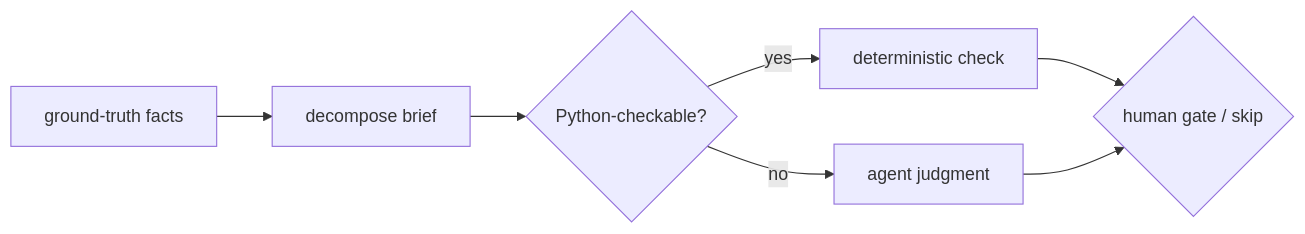
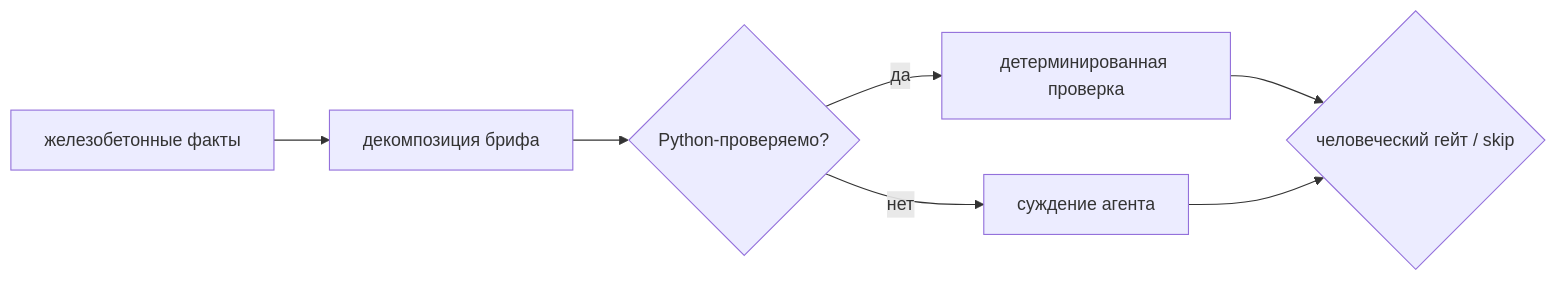
The diagram in marketing-agent-pipeline/02-planning/decision-flow.md (rodion-whatisai/marketing-agent-pipeline), drawn with Mermaid before and after one commit. The commit also changed other lines of this file and 7 other files, not shown here.

````diff
--- a/marketing-agent-pipeline/02-planning/decision-flow.md
+++ b/marketing-agent-pipeline/02-planning/decision-flow.md
@@ -6,10 +6,10 @@
 ```mermaid
-%% placeholder — replaced in Step 4
+%% placeholder — заменяется на Шаге 4
 flowchart LR
-  A[ground-truth facts] --> B[decompose brief]
-  B --> C{Python-checkable?}
-  C -->|yes| D[deterministic check]
-  C -->|no| E[agent judgment]
-  D --> F{human gate / skip}
+  A[железобетонные факты] --> B[декомпозиция брифа]
+  B --> C{Python-проверяемо?}
+  C -->|да| D[детерминированная проверка]
+  C -->|нет| E[суждение агента]
+  D --> F{человеческий гейт / skip}
   E --> F
 ```
````
